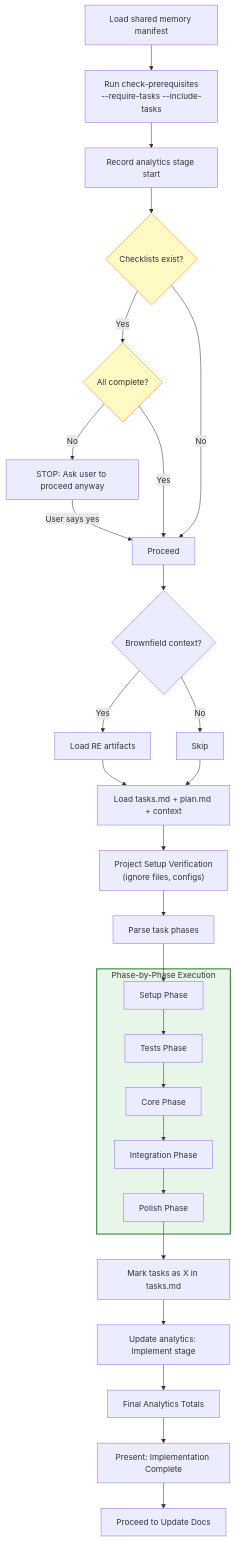
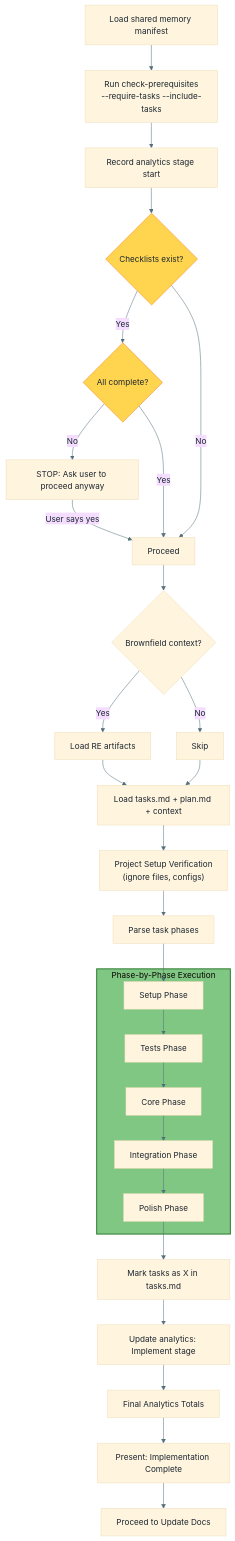
Before and after one commit to premkumarjanagarajan/fluid-flow-ai: diagram 16 of 26 in docs/WORKFLOW-FULL-DETAILED.md, drawn with Mermaid. The commit also changed other lines of this file, not shown here.

First line of the commit message:
Fix mermaid diagram colors for dark/light theme compatibility

````diff
--- a/docs/WORKFLOW-FULL-DETAILED.md
+++ b/docs/WORKFLOW-FULL-DETAILED.md
@@ -652,38 +679,39 @@
 ```mermaid
+%%{init: {'theme': 'base', 'themeVariables': {'primaryTextColor': '#1B2631', 'lineColor': '#546E7A', 'textColor': '#1B2631'}}}%%
 flowchart TD
     A["Load shared memory manifest"] --> B["Run check-prerequisites<br/>--require-tasks --include-tasks"]
     B --> C["Record analytics stage start"]
     C --> D{"Checklists exist?"}
     D -->|Yes| E{"All complete?"}
     E -->|No| F["STOP: Ask user to proceed anyway"]
     E -->|Yes| G["Proceed"]
     D -->|No| G
     F -->|User says yes| G
     G --> H{"Brownfield context?"}
     H -->|Yes| I["Load RE artifacts"]
     H -->|No| J["Skip"]
     I --> K["Load tasks.md + plan.md + context"]
     J --> K
     K --> L["Project Setup Verification<br/>(ignore files, configs)"]
     L --> M["Parse task phases"]
 
     subgraph PHASES["Phase-by-Phase Execution"]
         P1["Setup Phase"]
         P2["Tests Phase"]
         P3["Core Phase"]
         P4["Integration Phase"]
         P5["Polish Phase"]
         P1 --> P2 --> P3 --> P4 --> P5
     end
 
     M --> P1
     P5 --> N["Mark tasks as X in tasks.md"]
     N --> O["Update analytics: Implement stage"]
     O --> P["Final Analytics Totals"]
     P --> Q["Present: Implementation Complete"]
     Q --> R["Proceed to Update Docs"]
 
-    style D fill:#FFF9C4,stroke:#F57F17
-    style E fill:#FFF9C4,stroke:#F57F17
-    style PHASES fill:#E8F5E9,stroke:#2E7D32,stroke-width:2px
+    style D fill:#FFD54F,stroke:#F57F17
+    style E fill:#FFD54F,stroke:#F57F17
+    style PHASES fill:#81C784,stroke:#2E7D32,stroke-width:2px
 ```
````
